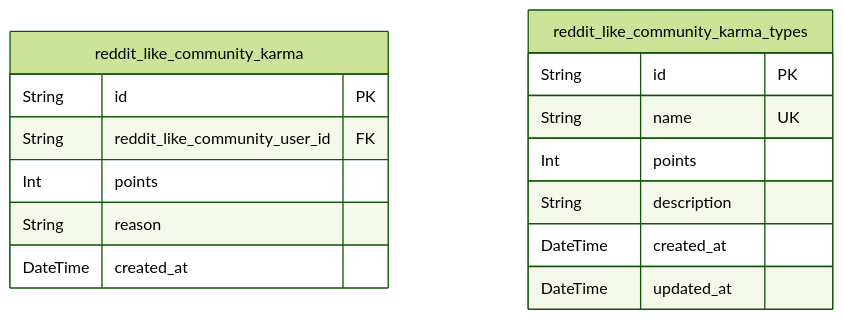
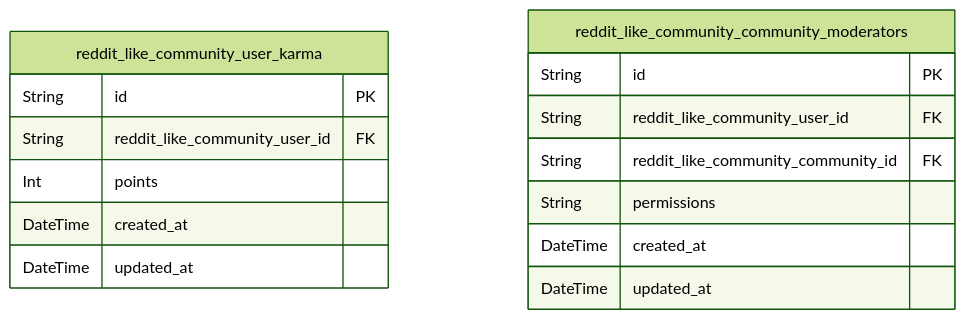
The third of 5 diagrams in mistralai/codestral-2508/reddit/docs/ERD.md (wrtnlabs/autobe-examples), drawn with Mermaid (forest theme) before and after one commit. The commit also changed other lines of this file and 7173 other files, not shown here.

````diff
--- a/mistralai/codestral-2508/reddit/docs/ERD.md
+++ b/mistralai/codestral-2508/reddit/docs/ERD.md
@@ -593,18 +253,18 @@
 ```mermaid
 erDiagram
-"reddit_like_community_karma" {
+"reddit_like_community_user_karma" {
   String id PK
   String reddit_like_community_user_id FK
   Int points
-  String reason
   DateTime created_at
+  DateTime updated_at
 }
-"reddit_like_community_karma_types" {
+"reddit_like_community_community_moderators" {
   String id PK
-  String name UK
-  Int points
-  String description
+  String reddit_like_community_user_id FK
+  String reddit_like_community_community_id FK
+  String permissions
   DateTime created_at
   DateTime updated_at
 }
 ```
````
